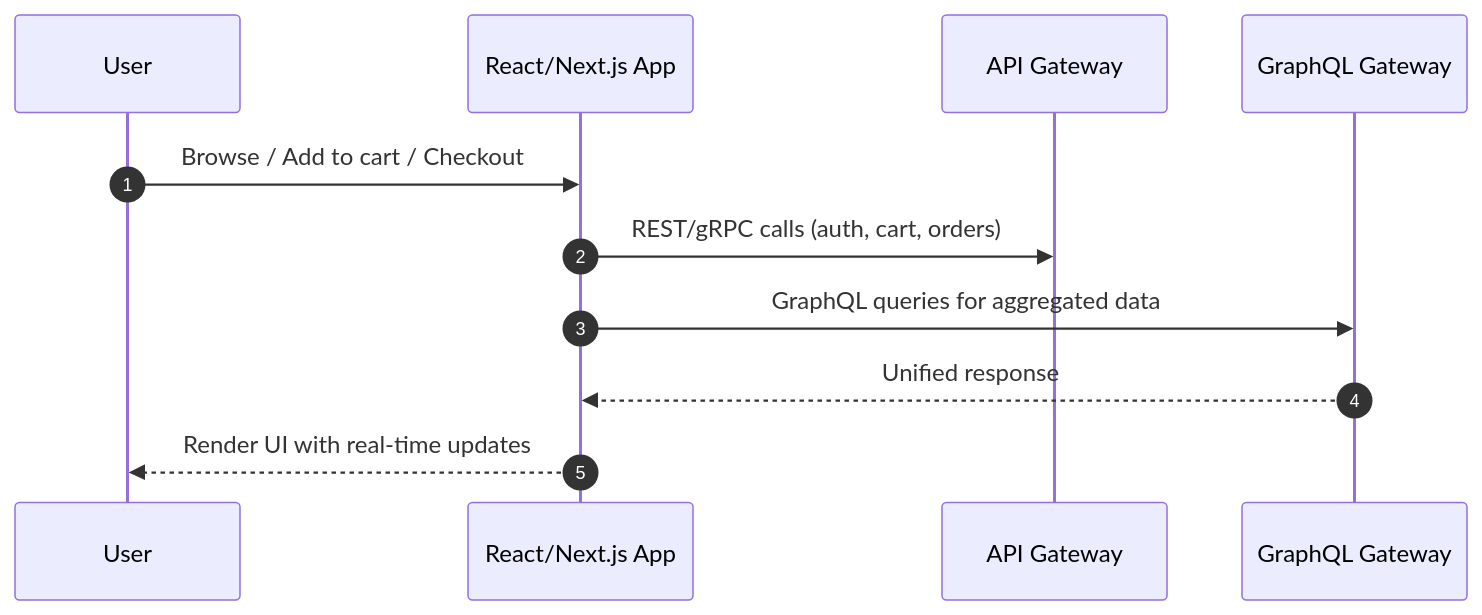
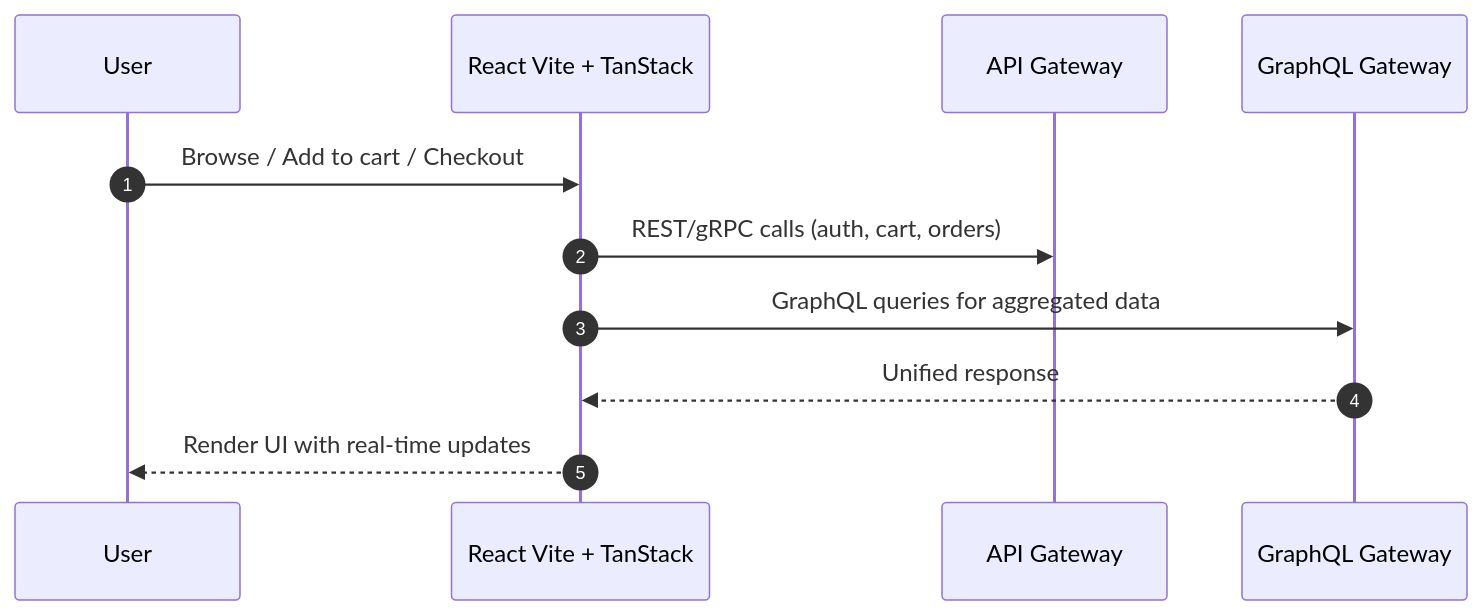
One commit to raphaeldiscky/go-micro-commerce changed diagram 16 of 16 in README.md. Above: the diagram before and after it, drawn with Mermaid. The commit also changed other lines of this file, not shown here.

Commit message:
chore(docs): add architecture overview

````diff
--- a/README.md
+++ b/README.md
@@ -504,14 +581,14 @@
 ```mermaid
 sequenceDiagram
   autonumber
   participant User
-  participant FrontendApp as React/Next.js App
+  participant FrontendApp as React Vite + TanStack
   participant APIGateway as API Gateway
   participant GraphQLGateway as GraphQL Gateway
 
   User->>FrontendApp: Browse / Add to cart / Checkout
   FrontendApp->>APIGateway: REST/gRPC calls (auth, cart, orders)
   FrontendApp->>GraphQLGateway: GraphQL queries for aggregated data
   GraphQLGateway-->>FrontendApp: Unified response
   FrontendApp-->>User: Render UI with real-time updates
 ```
````
